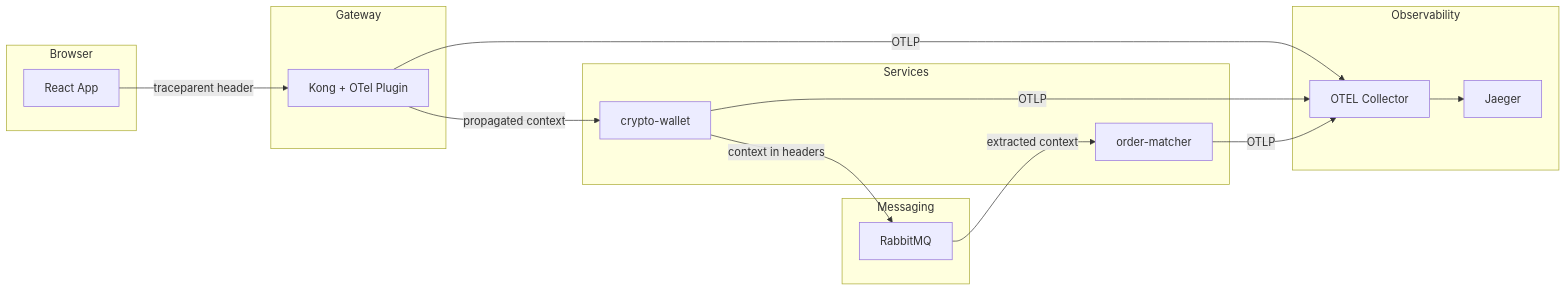
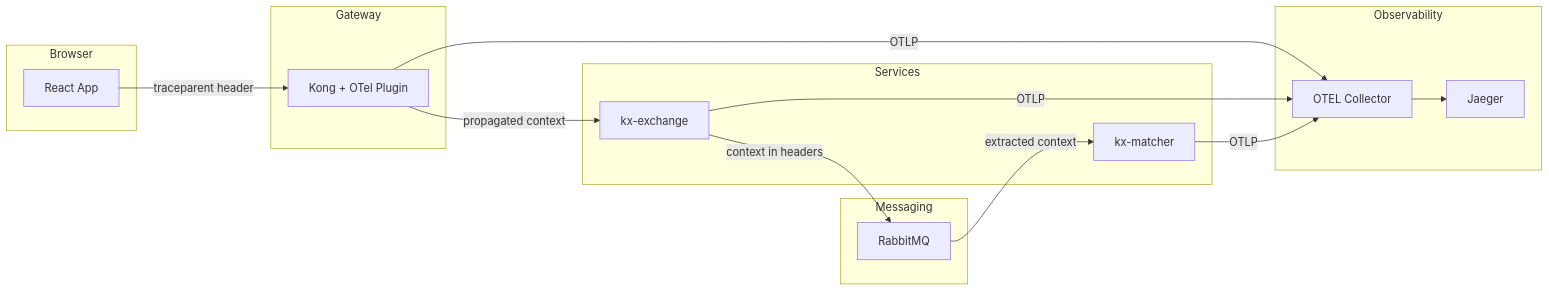
Before and after one commit to MoebiusX/OtelE2E: the first of 2 diagrams in docs/otel-tracing-guide.md, drawn with Mermaid. The commit also changed other lines of this file and 3 other files, not shown here.

````diff
--- a/docs/otel-tracing-guide.md
+++ b/docs/otel-tracing-guide.md
@@ -7,34 +33,34 @@
 ```mermaid
 flowchart LR
     subgraph Browser
         UI[React App]
     end
     
     subgraph Gateway
         KG[Kong + OTel Plugin]
     end
     
     subgraph Services
-        CW[crypto-wallet]
-        OM[order-matcher]
+        CW[kx-exchange]
+        OM[kx-matcher]
     end
     
     subgraph Messaging
         RMQ[RabbitMQ]
     end
     
     subgraph Observability
         OC[OTEL Collector]
         J[Jaeger]
     end
     
     UI -->|traceparent header| KG
     KG -->|propagated context| CW
     CW -->|context in headers| RMQ
     RMQ -->|extracted context| OM
     
     KG -->|OTLP| OC
     CW -->|OTLP| OC
     OM -->|OTLP| OC
     OC --> J
 ```
````
